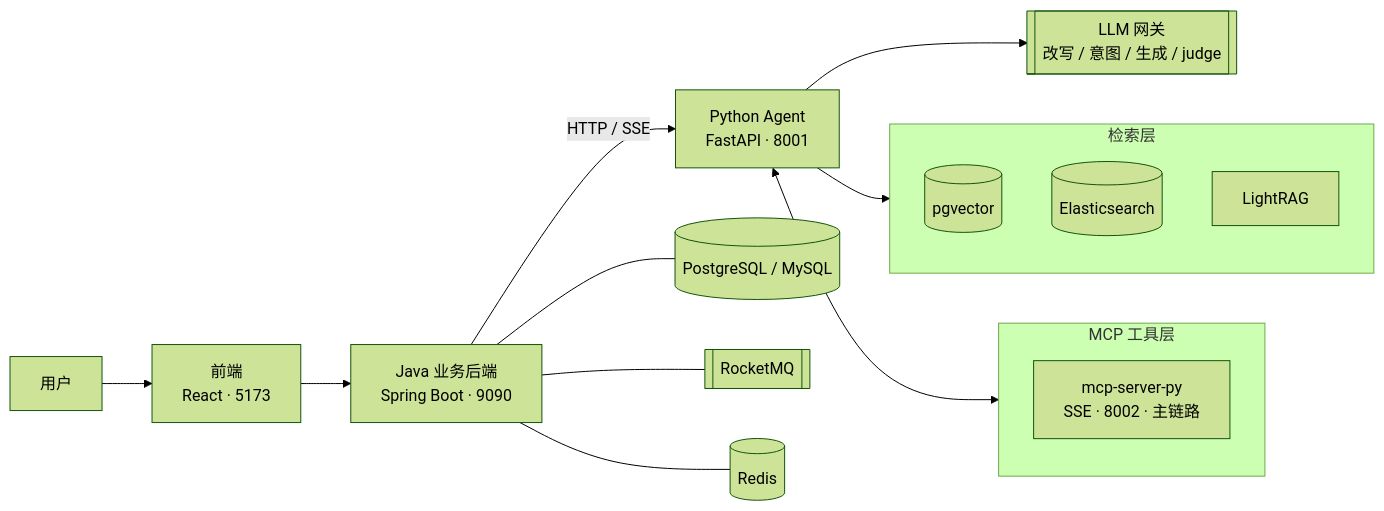
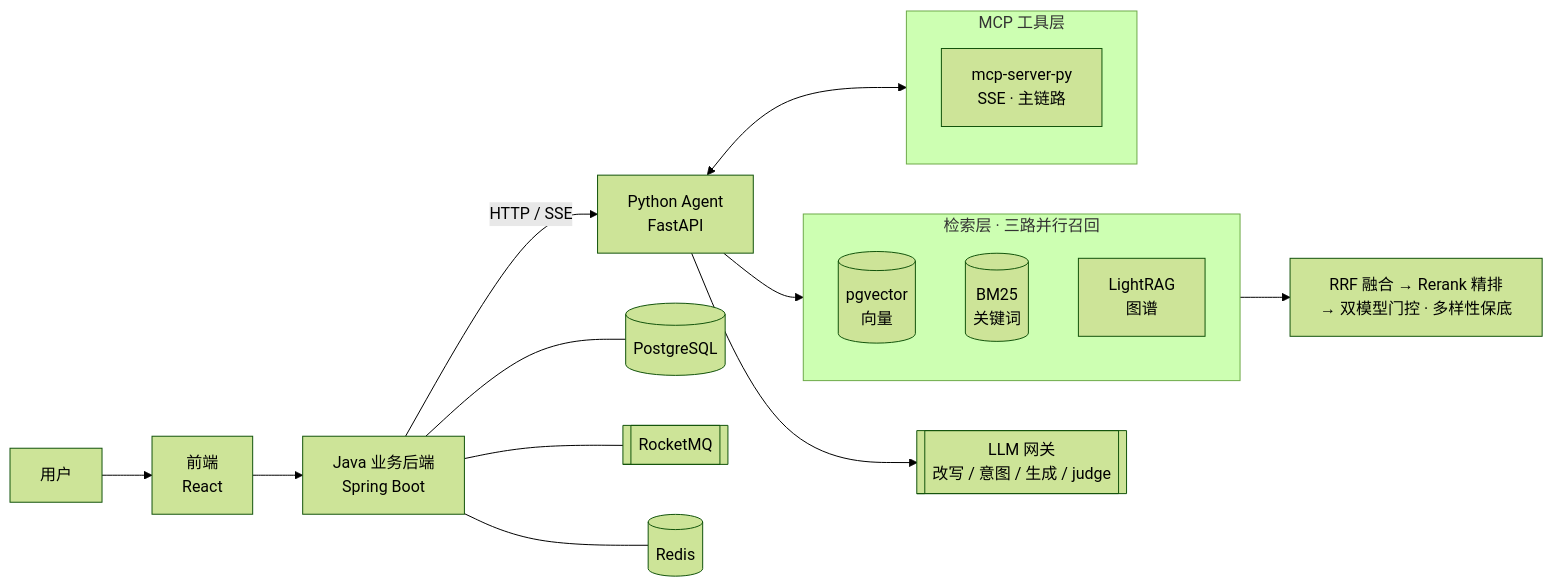
Before and after one commit to Huanglh08/Sentinel: the diagram in README.md, drawn with Mermaid (forest theme). The commit also changed other lines of this file, not shown here.

Commit message:
README 更新：三路检索架构、shots 截图、最新评测指标

````diff
--- a/README.md
+++ b/README.md
@@ -38,24 +46,25 @@
 ```mermaid
 flowchart LR
-    U[用户] --> FE[前端<br/>React · 5173]
-    FE --> GW[Java 业务后端<br/>Spring Boot · 9090]
-    GW -->|HTTP / SSE| AG[Python Agent<br/>FastAPI · 8001]
+    U[用户] --> FE[前端<br/>React]
+    FE --> GW[Java 业务后端<br/>Spring Boot]
+    GW -->|HTTP / SSE| AG[Python Agent<br/>FastAPI]
 
-    subgraph RETRIEVAL [检索层]
-        PG[(pgvector)]
-        ES[(Elasticsearch)]
-        LR[LightRAG]
+    subgraph RETRIEVAL [检索层 · 三路并行召回]
+        PG[(pgvector<br/>向量)]
+        BM[(BM25<br/>关键词)]
+        LR[LightRAG<br/>图谱]
     end
 
     AG --> RETRIEVAL
+    RETRIEVAL --> PP[RRF 融合 → Rerank 精排<br/>→ 双模型门控 · 多样性保底]
     AG --> LLM[[LLM 网关<br/>改写 / 意图 / 生成 / judge]]
     AG <--> MCP
 
     subgraph MCP [MCP 工具层]
-        MPY[mcp-server-py<br/>SSE · 8002 · 主链路]
+        MPY[mcp-server-py<br/>SSE · 主链路]
     end
 
-    GW --- DB[(PostgreSQL / MySQL)]
+    GW --- DB[(PostgreSQL)]
     GW --- MQ[[RocketMQ]]
     GW --- RD[(Redis)]
 ```
````
